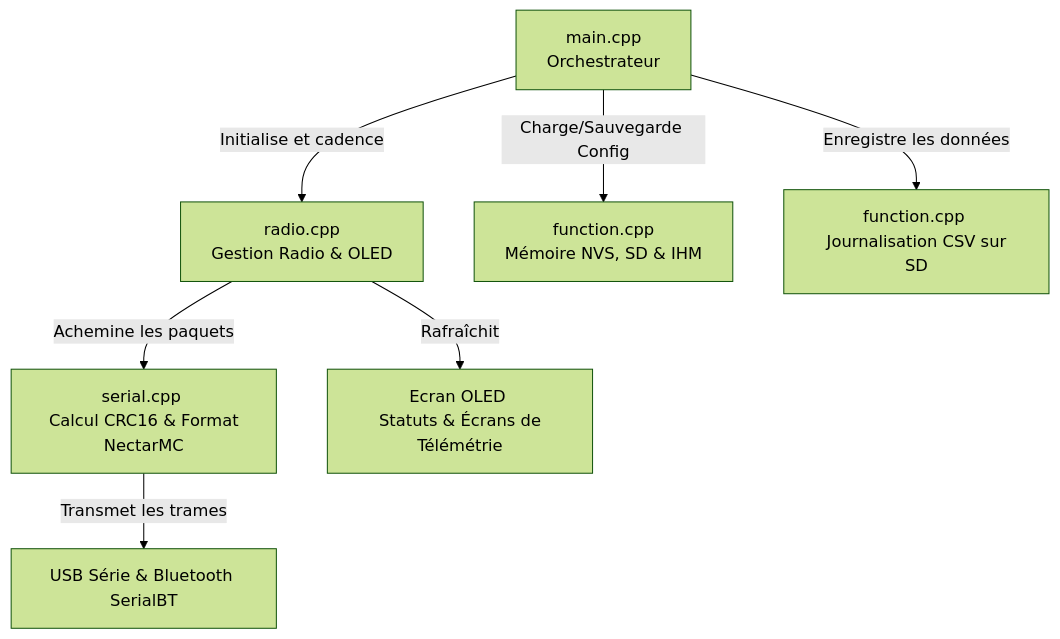
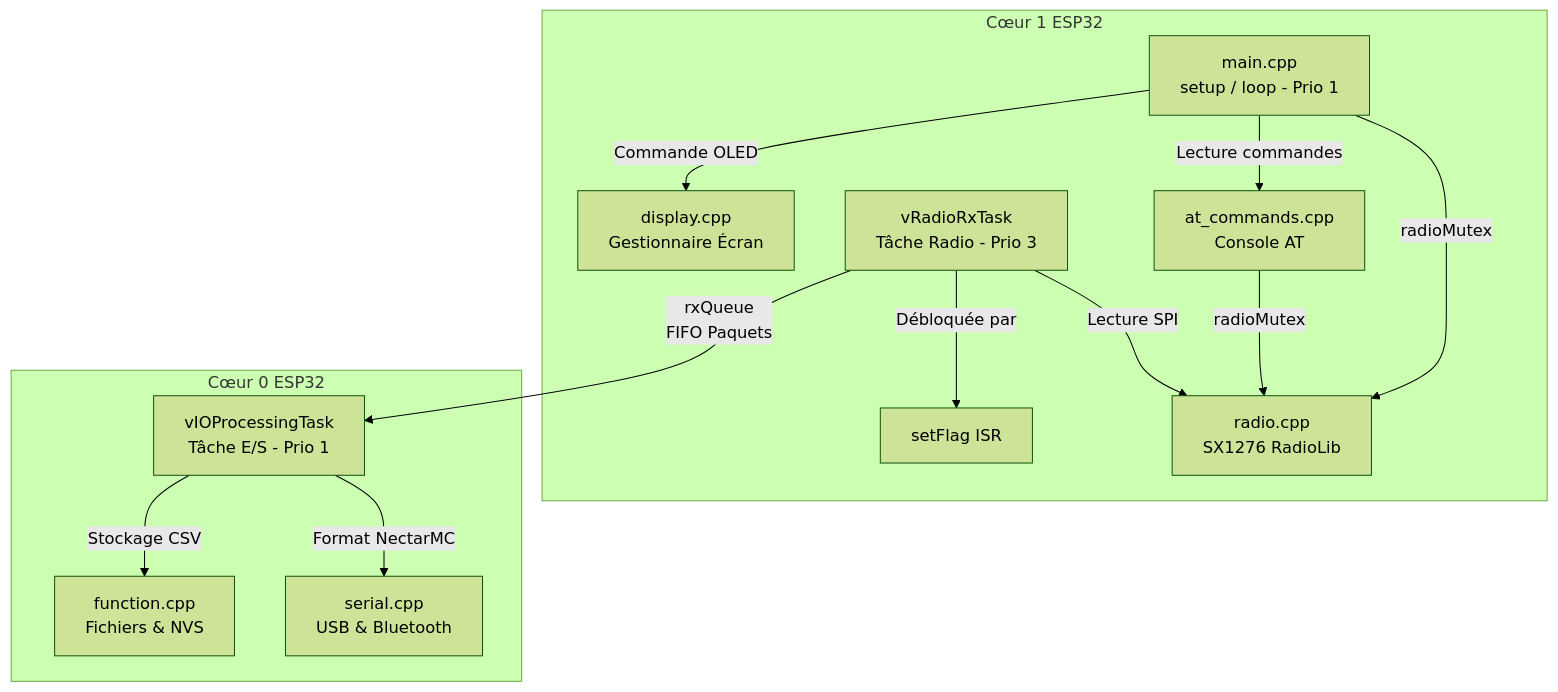
One commit to axpaul/RocketStation-LoRa32 changed the diagram in README.md. Above: the diagram before and after it, drawn with Mermaid (forest theme). The commit also changed other lines of this file and 9 other files, not shown here.

Commit message:
feat: restructure codebase (extract display.cpp), update README, and add task stack watermarks unit tests

````diff
--- a/README.md
+++ b/README.md
@@ -152,9 +152,20 @@
 ```mermaid
 graph TD
-    Main[main.cpp <br/> Orchestrateur] -->|Initialise et cadence| Radio[radio.cpp <br/> Gestion Radio & OLED]
-    Main -->|Charge/Sauvegarde Config| Func[function.cpp <br/> Mémoire NVS, SD & IHM]
-    Radio -->|Achemine les paquets| Serial[serial.cpp <br/> Calcul CRC16 & Format NectarMC]
-    Radio -->|Rafraîchit| OLED[Ecran OLED <br/> Statuts & Écrans de Télémétrie]
-    Main -->|Enregistre les données| SD[function.cpp <br/> Journalisation CSV sur SD]
-    Serial -->|Transmet les trames| Output[USB Série & Bluetooth SerialBT]
+    %% Structure Multitâche
+    subgraph Core1 [Cœur 1 ESP32]
+        Main[main.cpp <br/> setup / loop - Prio 1] -->|Commande OLED| Disp[display.cpp <br/> Gestionnaire Écran]
+        Main -->|Lecture commandes| AT[at_commands.cpp <br/> Console AT]
+        RadioTask[vRadioRxTask <br/> Tâche Radio - Prio 3] -->|Débloquée par| ISR[setFlag ISR]
+        RadioTask -->|Lecture SPI| Radio[radio.cpp <br/> SX1276 RadioLib]
+    end
+
+    subgraph Core0 [Cœur 0 ESP32]
+        IOTask[vIOProcessingTask <br/> Tâche E/S - Prio 1] -->|Stockage CSV| SD[function.cpp <br/> Fichiers & NVS]
+        IOTask -->|Format NectarMC| Serial[serial.cpp <br/> USB & Bluetooth]
+    end
+
+    %% Communication
+    RadioTask -->|rxQueue <br/> FIFO Paquets| IOTask
+    AT -->|radioMutex| Radio
+    Main -->|radioMutex| Radio
 ```
````
